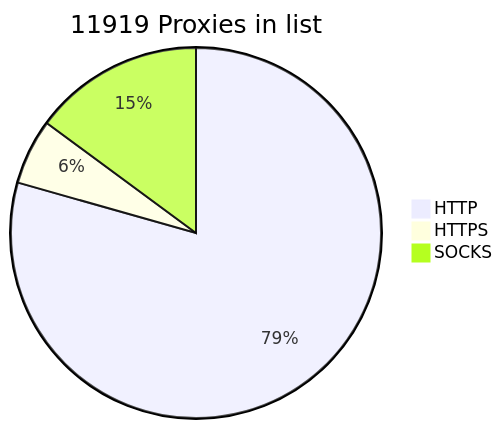
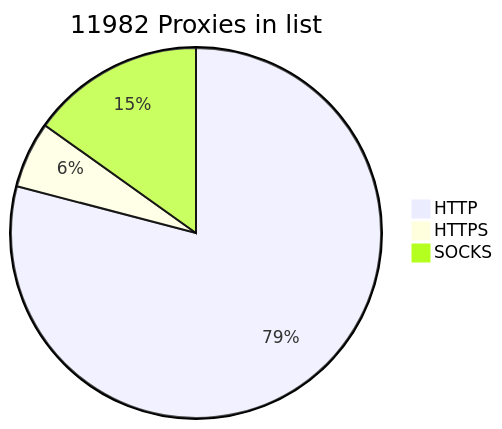
One commit to BlackSnowDot/proxylist-update-every-minute changed the diagram in README.md. Above: the diagram before and after it, drawn with Mermaid. The commit also changed other lines of this file, not shown here.

````diff
--- a/README.md
+++ b/README.md
@@ -2,6 +2,6 @@
 ```mermaid
-pie title 11919 Proxies in list
-    "HTTP" : 9566
-    "HTTPS": 689
-    "SOCKS" : 1794
+pie title 11982 Proxies in list
+    "HTTP" : 9581
+    "HTTPS": 701
+    "SOCKS" : 1835
 ```
````
